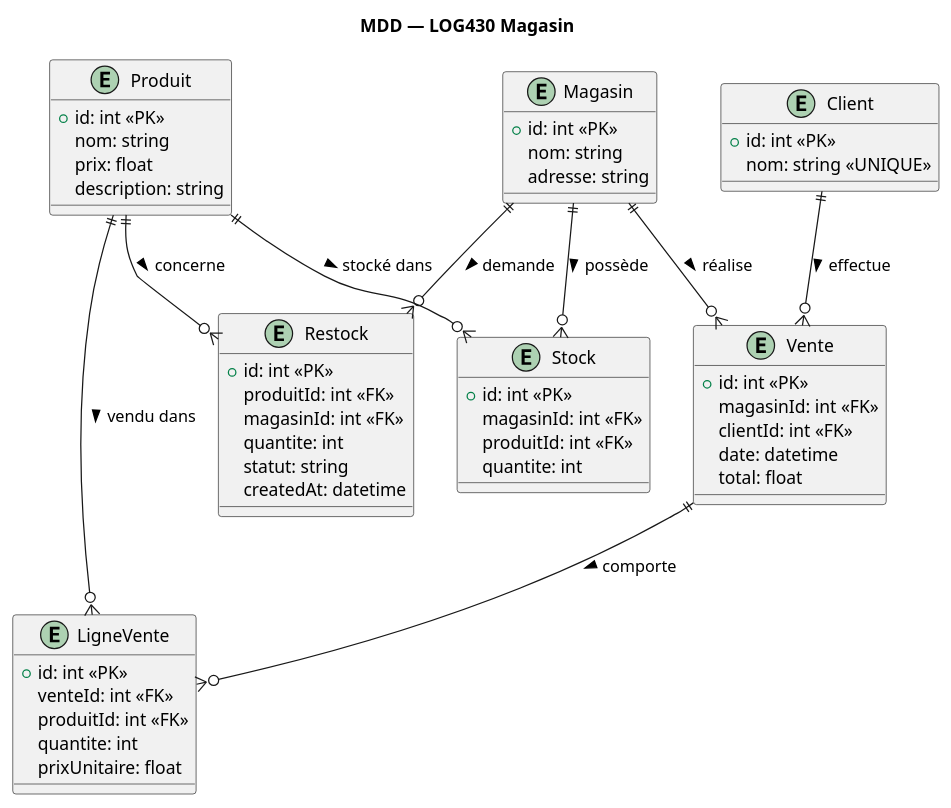
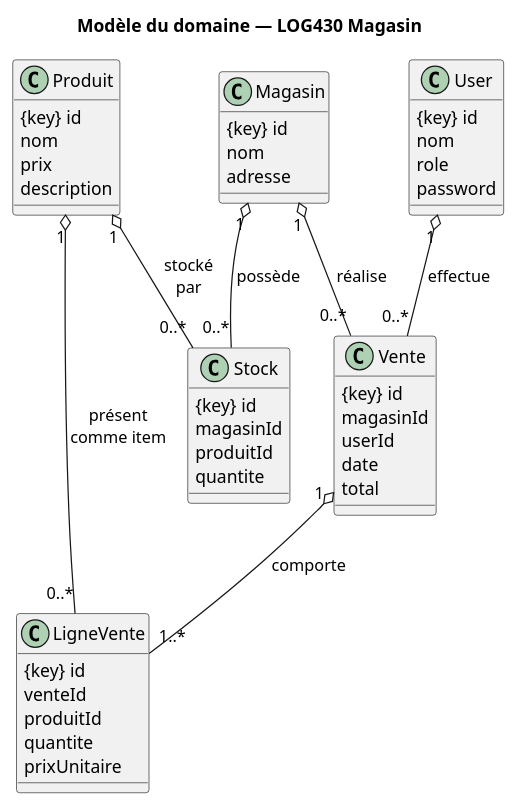
The diagram in docs/UML/MDD.puml (Minh-Khoi-Le/log430-lab2), drawn with PlantUML before and after one commit. The commit also changed 29 other files, not shown here.

```diff
--- a/docs/UML/MDD.puml
+++ b/docs/UML/MDD.puml
@@ -1,66 +1,56 @@
-@startuml MDD
-title MDD — LOG430 Magasin
+@startuml
+title Modèle du domaine — LOG430 Magasin
 
-entity "Produit" as Produit {
-  +id: int <<PK>>
-  nom: string
-  prix: float
-  description: string
+'–––––––––––  Entités  –––––––––––
+class Produit {
+    {key} id
+    nom
+    prix
+    description
 }
 
-entity "Magasin" as Magasin {
-  +id: int <<PK>>
-  nom: string
-  adresse: string
+class Magasin {
+    {key} id
+    nom
+    adresse
 }
 
-entity "Stock" as Stock {
-  +id: int <<PK>>
-  magasinId: int <<FK>>
-  produitId: int <<FK>>
-  quantite: int
+class Stock {
+    {key} id
+    magasinId
+    produitId
+    quantite
 }
 
-entity "Client" as Client {
-  +id: int <<PK>>
-  nom: string <<UNIQUE>>
+class User {
+    {key} id
+    nom
+    role
+    password
 }
 
-entity "Vente" as Vente {
-  +id: int <<PK>>
-  magasinId: int <<FK>>
-  clientId: int <<FK>>
-  date: datetime
-  total: float
+class Vente {
+    {key} id
+    magasinId
+    userId
+    date
+    total
 }
 
-entity "LigneVente" as LigneVente {
-  +id: int <<PK>>
-  venteId: int <<FK>>
-  produitId: int <<FK>>
-  quantite: int
-  prixUnitaire: float
+class LigneVente {
+    {key} id
+    venteId
+    produitId
+    quantite
+    prixUnitaire
 }
 
-entity "Restock" as Restock {
-  +id: int <<PK>>
-  produitId: int <<FK>>
-  magasinId: int <<FK>>
-  quantite: int
-  statut: string
-  createdAt: datetime
-}
+'–––––––––––  Associations & cardinalités  –––––––––––
+Magasin  "1"  o--  "0..*" Stock       : possède
+Produit  "1"  o--  "0..*" Stock       : stocké\npar
 
-' Relations (associations / cardinalités)
-Magasin ||--o{ Stock : possède >
-Produit ||--o{ Stock : stocké dans >
-
-Magasin ||--o{ Vente : réalise >
-Client ||--o{ Vente : effectue >
-Vente ||--o{ LigneVente : comporte >
-Produit ||--o{ LigneVente : vendu dans >
-
-Produit ||--o{ Restock : concerne >
-Magasin ||--o{ Restock : demande >
-
+Magasin  "1"  o--  "0..*" Vente       : réalise
+User     "1"  o--  "0..*" Vente       : effectue
+Vente    "1"  o--  "1..*" LigneVente  : comporte
+Produit  "1"  o--  "0..*" LigneVente  : présent\ncomme item
 @enduml
```
